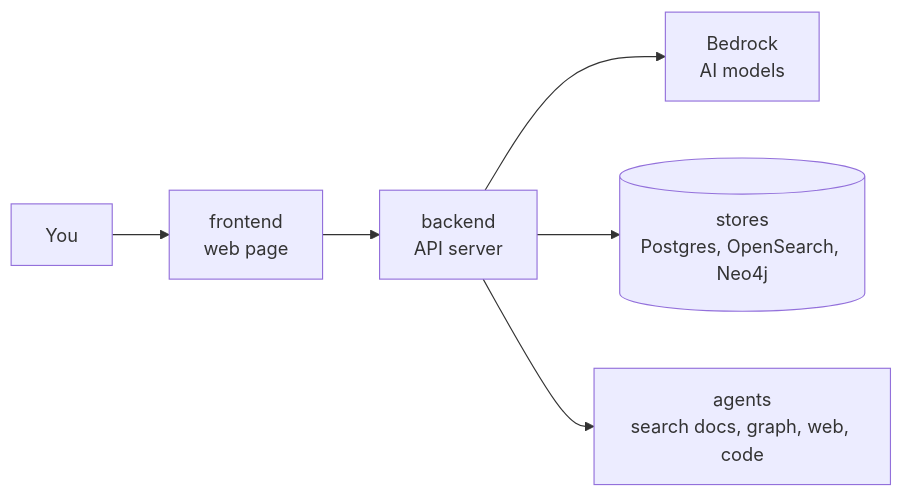
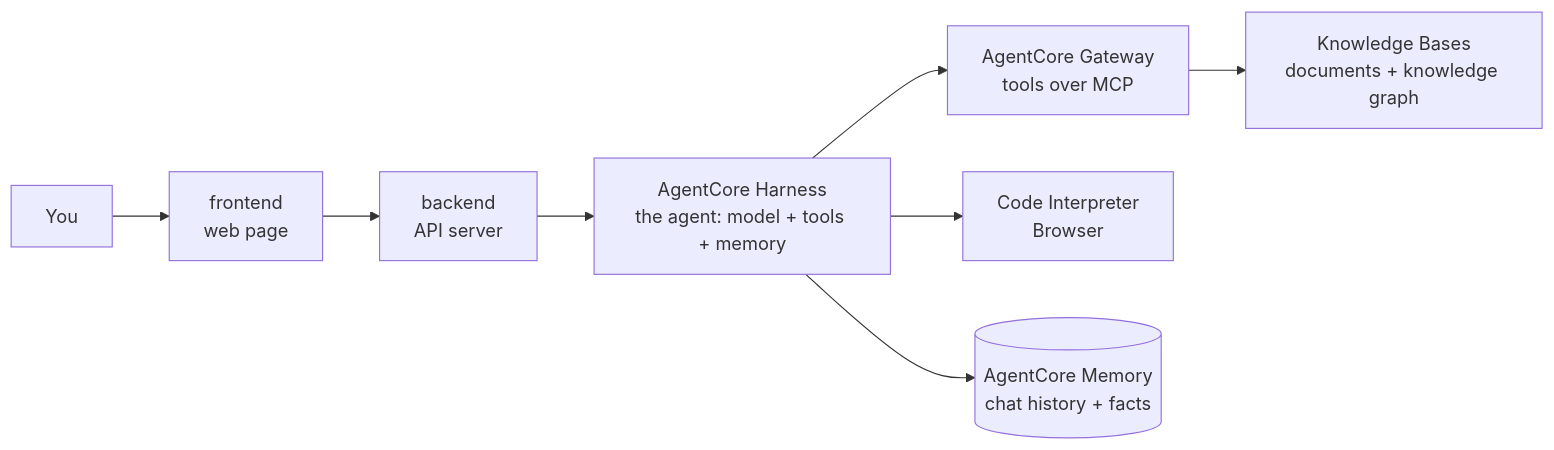
The diagram in README.md (yashzord/Docs_Copilot), drawn with Mermaid before and after one commit. The commit also changed other lines of this file and 7 other files, not shown here.

Commit message:
docs: AgentCore-first architecture; RAG, GraphRAG, agent and AgentCore internals; IAM policies

````diff
--- a/README.md
+++ b/README.md
@@ -79,8 +87,10 @@
 ```mermaid
 flowchart LR
     U[You] --> F[frontend<br/>web page]
     F --> B[backend<br/>API server]
-    B --> M[Bedrock<br/>AI models]
-    B --> S[(stores<br/>Postgres, OpenSearch, Neo4j)]
-    B --> A[agents<br/>search docs, graph, web, code]
+    B --> H[AgentCore Harness<br/>the agent: model + tools + memory]
+    H --> G[AgentCore Gateway<br/>tools over MCP]
+    G --> K[Knowledge Bases<br/>documents + knowledge graph]
+    H --> T[Code Interpreter<br/>Browser]
+    H --> M[(AgentCore Memory<br/>chat history + facts)]
 ```
````
